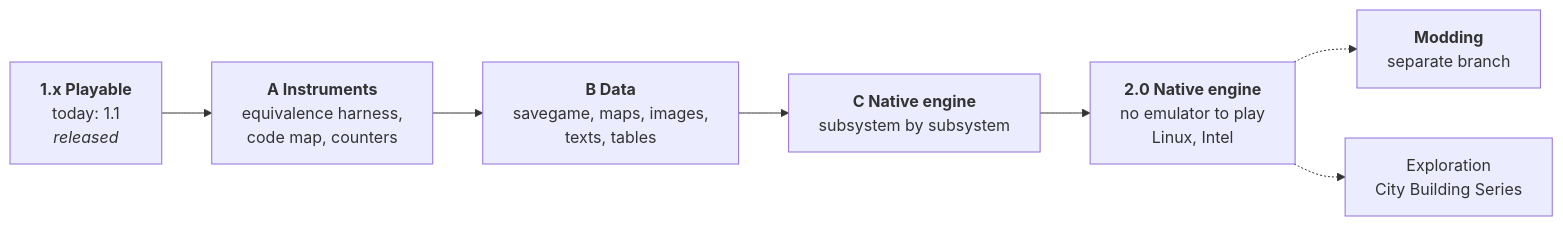
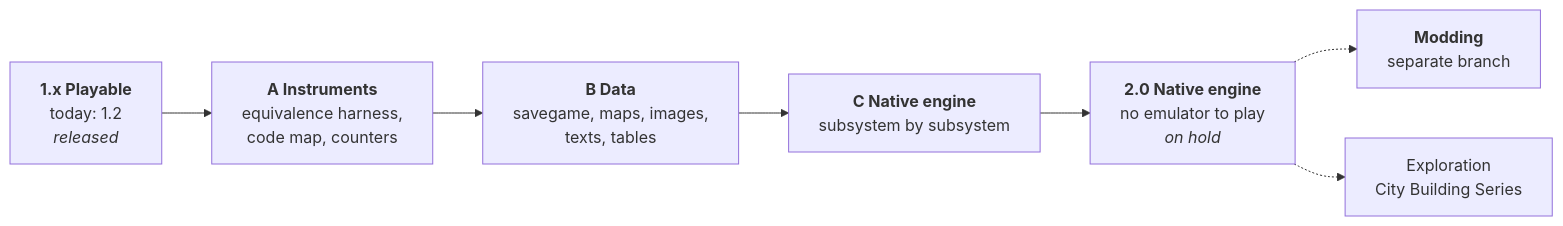
The diagram in docs/roadmap.md (nic0lasm/zeus-poseidon-arm64), drawn with Mermaid before and after one commit. The commit also changed other lines of this file, not shown here.

First line of the commit message:
Roadmap : bilan après la 1.2 et étapes suivantes

````diff
--- a/docs/roadmap.md
+++ b/docs/roadmap.md
@@ -15,9 +15,9 @@
 ```mermaid
 flowchart LR
-    P["<b>1.x Playable</b><br/>today: 1.1<br/><i>released</i>"] --> A["<b>A Instruments</b><br/>equivalence harness,<br/>code map, counters"]
+    P["<b>1.x Playable</b><br/>today: 1.2<br/><i>released</i>"] --> A["<b>A Instruments</b><br/>equivalence harness,<br/>code map, counters"]
     A --> D["<b>B Data</b><br/>savegame, maps, images,<br/>texts, tables"]
     D --> C["<b>C Native engine</b><br/>subsystem by subsystem"]
-    C --> N["<b>2.0 Native engine</b><br/>no emulator to play<br/>Linux, Intel"]
+    C --> N["<b>2.0 Native engine</b><br/>no emulator to play<br/><i>on hold</i>"]
     N -.-> M["<b>Modding</b><br/>separate branch"]
     N -.-> X["Exploration<br/>City Building Series"]
 ```
````
